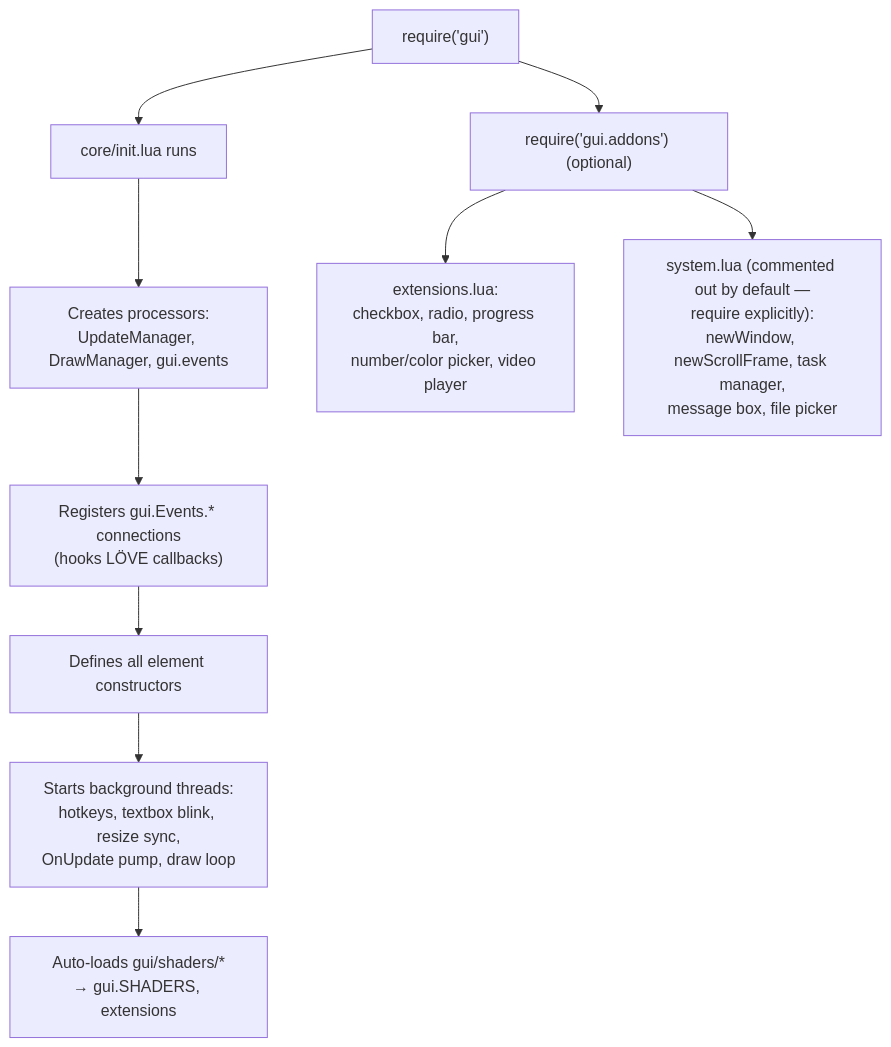
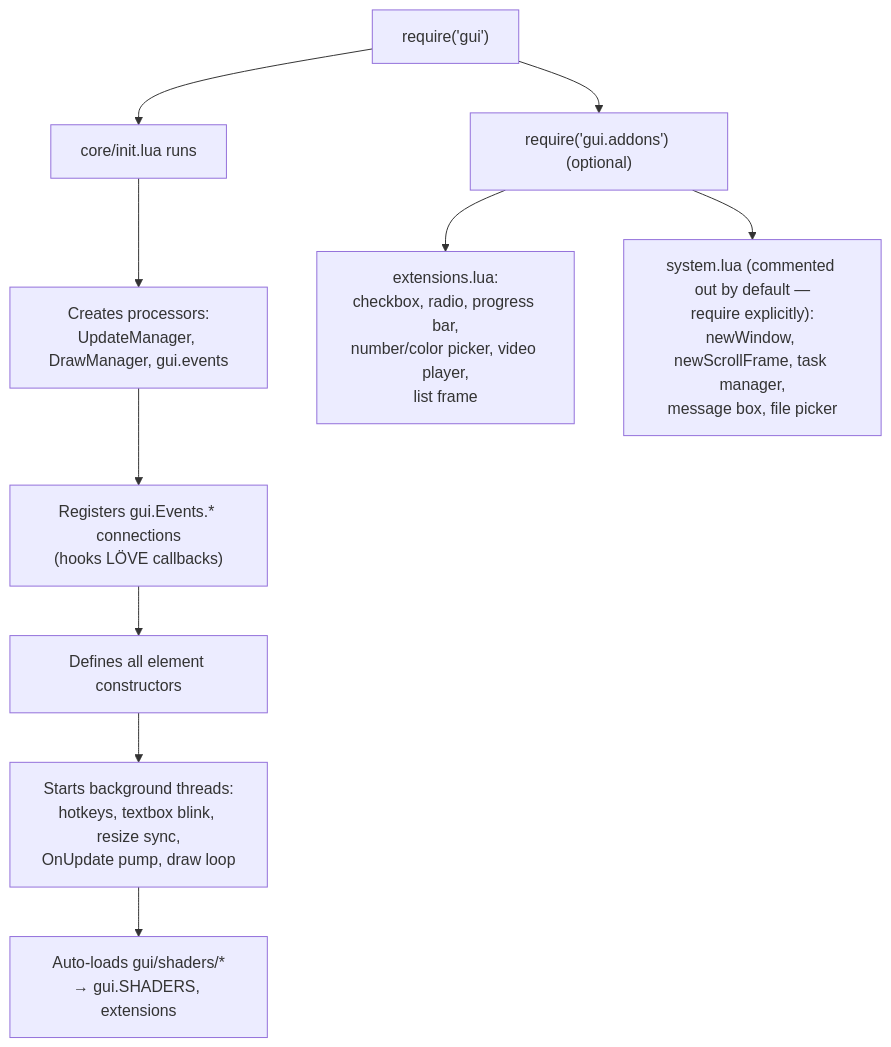
One commit to rayaman/gui changed the diagram in docs/README.md. Above: the diagram before and after it, drawn with Mermaid. The commit also changed 8 other files, not shown here.

````diff
--- a/docs/README.md
+++ b/docs/README.md
@@ -68,12 +68,12 @@
 ```mermaid
 flowchart TD
     A["require('gui')"] --> B["core/init.lua runs"]
     B --> B1["Creates processors:<br/>UpdateManager, DrawManager, gui.events"]
     B1 --> B2["Registers gui.Events.* connections<br/>(hooks LÖVE callbacks)"]
     B2 --> B3["Defines all element constructors"]
     B3 --> B4["Starts background threads:<br/>hotkeys, textbox blink, resize sync,<br/>OnUpdate pump, draw loop"]
     B4 --> B5["Auto-loads gui/shaders/*<br/>→ gui.SHADERS, extensions"]
     A --> C["require('gui.addons') (optional)"]
-    C --> C1["extensions.lua:<br/>checkbox, radio, progress bar,<br/>number/color picker, video player"]
+    C --> C1["extensions.lua:<br/>checkbox, radio, progress bar,<br/>number/color picker, video player,<br/>list frame"]
     C --> C2["system.lua (commented out by default —<br/>require explicitly):<br/>newWindow, newScrollFrame, task manager,<br/>message box, file picker"]
 ```
````
